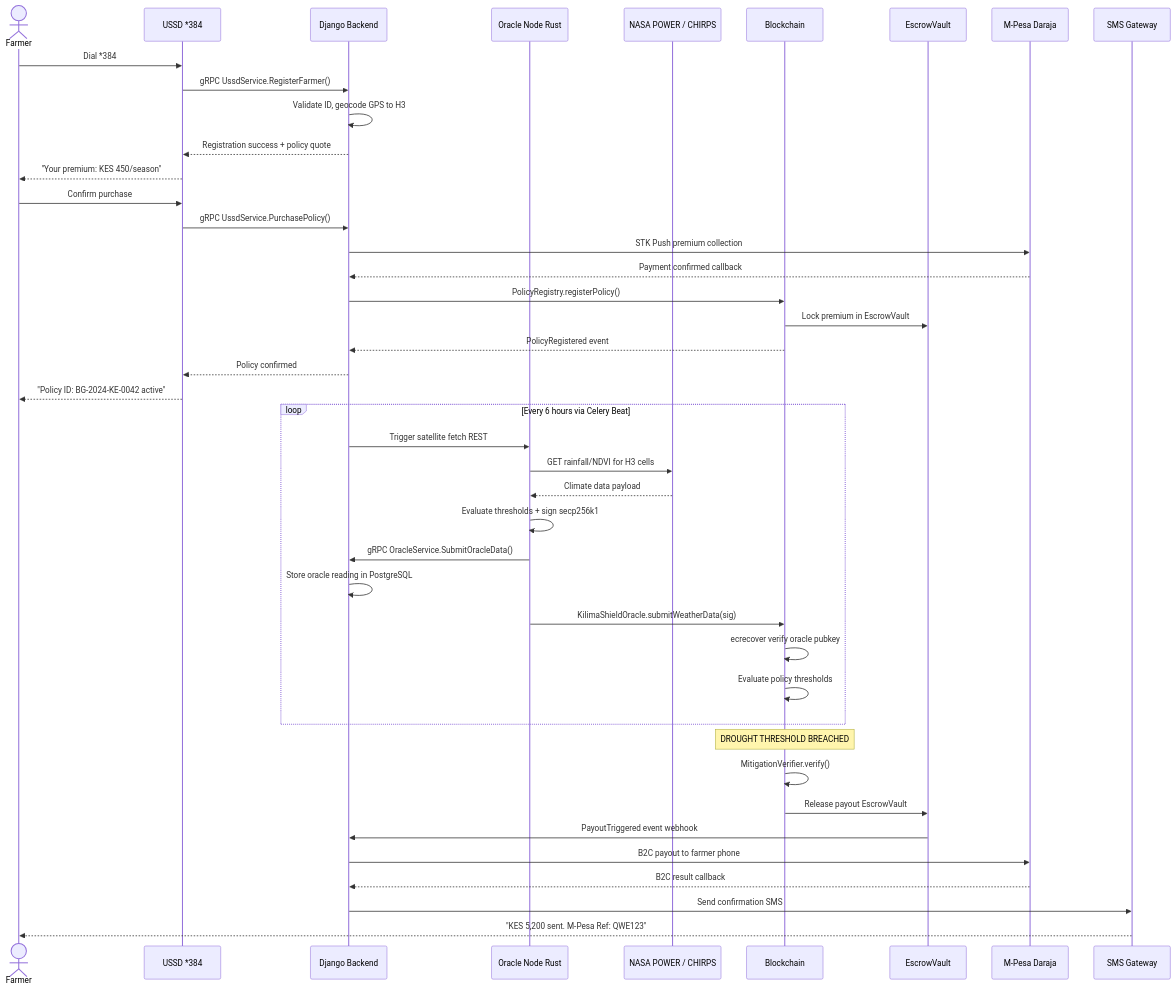
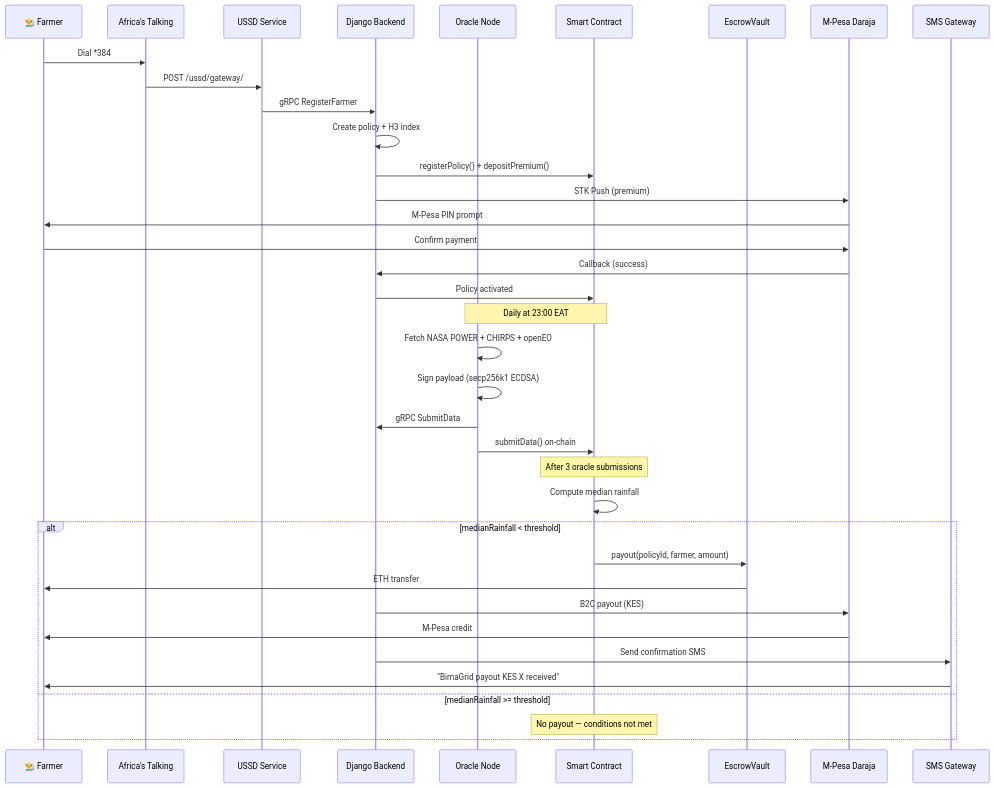
Before and after one commit to stanlley-locke/BimaGrid: the second of 3 diagrams in docs/ARCHITECTURE.md, drawn with Mermaid. The commit also changed other lines of this file and 166 other files, not shown here.

````diff
--- a/docs/ARCHITECTURE.md
+++ b/docs/ARCHITECTURE.md
@@ -150,49 +113,42 @@
 ```mermaid
 sequenceDiagram
-    actor Farmer as Farmer
-    participant USSD as USSD *384#
-    participant Backend as Django Backend
-    participant Oracle as Oracle Node Rust
-    participant NASA as NASA POWER / CHIRPS
-    participant Chain as Blockchain
-    participant Escrow as EscrowVault
-    participant MPesa as M-Pesa Daraja
+    participant F as 👨‍🌾 Farmer
+    participant AT as Africa's Talking
+    participant USSD as USSD Service
+    participant BE as Django Backend
+    participant OR as Oracle Node
+    participant SC as Smart Contract
+    participant EV as EscrowVault
+    participant MP as M-Pesa Daraja
     participant SMS as SMS Gateway
 
-    Farmer->>USSD: Dial *384# - Register farm
-    USSD->>Backend: gRPC UssdService.RegisterFarmer()
-    Backend->>Backend: Validate ID, geocode GPS to H3
-    Backend-->>USSD: Registration success + policy quote
-    USSD-->>Farmer: "Your premium: KES 450/season"
+    F->>AT: Dial *384#
+    AT->>USSD: POST /ussd/gateway/
+    USSD->>BE: gRPC RegisterFarmer
+    BE->>BE: Create policy + H3 index
+    BE->>SC: registerPolicy() + depositPremium()
+    BE->>MP: STK Push (premium)
+    MP->>F: M-Pesa PIN prompt
+    F->>MP: Confirm payment
+    MP->>BE: Callback (success)
+    BE->>SC: Policy activated
 
-    Farmer->>USSD: Confirm purchase
-    USSD->>Backend: gRPC UssdService.PurchasePolicy()
-    Backend->>MPesa: STK Push premium collection
-    MPesa-->>Backend: Payment confirmed callback
-    Backend->>Chain: PolicyRegistry.registerPolicy()
-    Chain->>Escrow: Lock premium in EscrowVault
-    Chain-->>Backend: PolicyRegistered event
-    Backend-->>USSD: Policy confirmed
-    USSD-->>Farmer: "Policy ID: BG-2024-KE-0042 active"
+    Note over OR,SC: Daily at 23:00 EAT
+    OR->>OR: Fetch NASA POWER + CHIRPS + openEO
+    OR->>OR: Sign payload (secp256k1 ECDSA)
+    OR->>BE: gRPC SubmitData
+    OR->>SC: submitData() on-chain
 
-    loop Every 6 hours via Celery Beat
-        Backend->>Oracle: Trigger satellite fetch REST
-        Oracle->>NASA: GET rainfall/NDVI for H3 cells
-        NASA-->>Oracle: Climate data payload
-        Oracle->>Oracle: Evaluate thresholds + sign secp256k1
-        Oracle->>Backend: gRPC OracleService.SubmitOracleData()
-        Backend->>Backend: Store oracle reading in PostgreSQL
-        Oracle->>Chain: KilimaShieldOracle.submitWeatherData(sig)
-        Chain->>Chain: ecrecover verify oracle pubkey
-        Chain->>Chain: Evaluate policy thresholds
+    Note over SC: After 3 oracle submissions
+    SC->>SC: Compute median rainfall
+    alt medianRainfall < threshold
+        SC->>EV: payout(policyId, farmer, amount)
+        EV->>F: ETH transfer
+        BE->>MP: B2C payout (KES)
+        MP->>F: M-Pesa credit
+        BE->>SMS: Send confirmation SMS
+        SMS->>F: "BimaGrid payout KES X received"
+    else medianRainfall >= threshold
+        Note over SC: No payout — conditions not met
     end
-
-    Note over Chain: DROUGHT THRESHOLD BREACHED
-    Chain->>Chain: MitigationVerifier.verify()
-    Chain->>Escrow: Release payout EscrowVault
-    Escrow->>Backend: PayoutTriggered event webhook
-    Backend->>MPesa: B2C payout to farmer phone
-    MPesa-->>Backend: B2C result callback
-    Backend->>SMS: Send confirmation SMS
-    SMS-->>Farmer: "KES 5,200 sent. M-Pesa Ref: QWE123"
 ```
````
